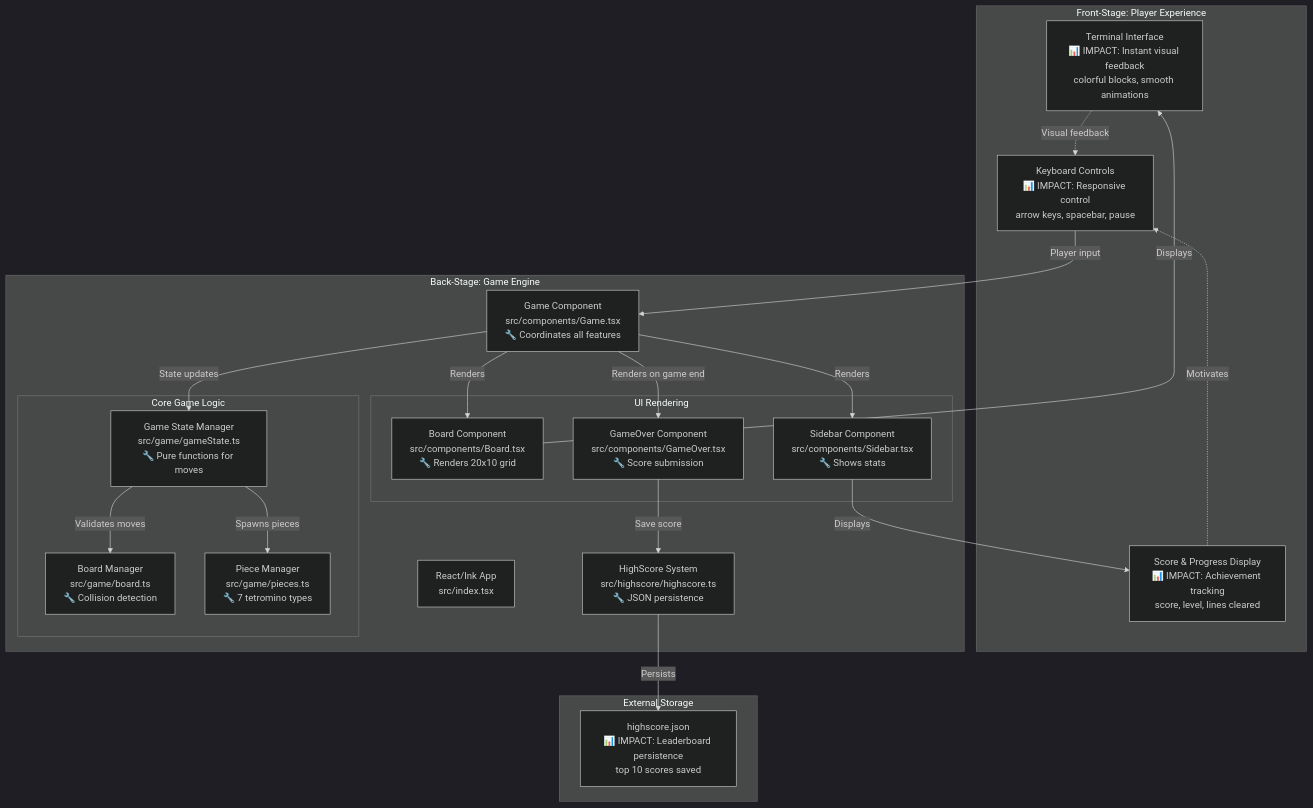
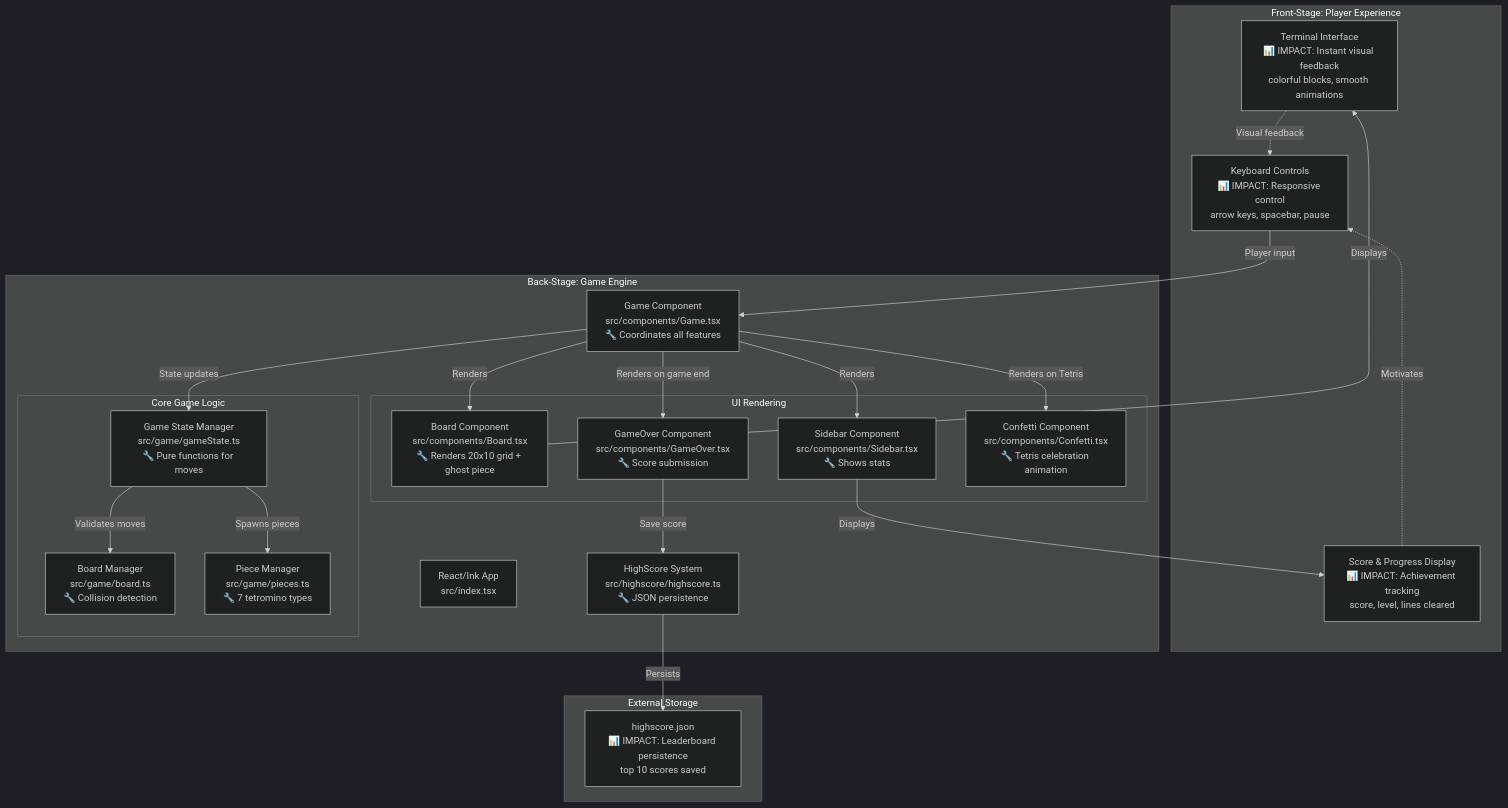
Before and after one commit to mellson/tuitres: the diagram in ai/diagrams/architecture/arch-system-overview.md, drawn with Mermaid (dark theme). The commit also changed other lines of this file and 5 other files, not shown here.

First line of the commit message:
Add gameplay screenshot, sync diagrams

````diff
--- a/ai/diagrams/architecture/arch-system-overview.md
+++ b/ai/diagrams/architecture/arch-system-overview.md
@@ -19,45 +20,47 @@
 ```mermaid
 graph TD
     subgraph "Front-Stage: Player Experience"
         UI[Terminal Interface<br/>📊 IMPACT: Instant visual feedback<br/>colorful blocks, smooth animations]
         Controls[Keyboard Controls<br/>📊 IMPACT: Responsive control<br/>arrow keys, spacebar, pause]
         Feedback[Score & Progress Display<br/>📊 IMPACT: Achievement tracking<br/>score, level, lines cleared]
     end
 
     subgraph "Back-Stage: Game Engine"
         App[React/Ink App<br/>src/index.tsx]
         GameComp[Game Component<br/>src/components/Game.tsx<br/>🔧 Coordinates all features]
 
         subgraph "Core Game Logic"
             GameState[Game State Manager<br/>src/game/gameState.ts<br/>🔧 Pure functions for moves]
             Board[Board Manager<br/>src/game/board.ts<br/>🔧 Collision detection]
             Pieces[Piece Manager<br/>src/game/pieces.ts<br/>🔧 7 tetromino types]
         end
 
         subgraph "UI Rendering"
-            BoardComp[Board Component<br/>src/components/Board.tsx<br/>🔧 Renders 20x10 grid]
+            BoardComp[Board Component<br/>src/components/Board.tsx<br/>🔧 Renders 20x10 grid + ghost piece]
             SidebarComp[Sidebar Component<br/>src/components/Sidebar.tsx<br/>🔧 Shows stats]
             GameOverComp[GameOver Component<br/>src/components/GameOver.tsx<br/>🔧 Score submission]
+            ConfettiComp[Confetti Component<br/>src/components/Confetti.tsx<br/>🔧 Tetris celebration animation]
         end
 
         HighScore[HighScore System<br/>src/highscore/highscore.ts<br/>🔧 JSON persistence]
     end
 
     subgraph "External Storage"
         HSFile[highscore.json<br/>📊 IMPACT: Leaderboard persistence<br/>top 10 scores saved]
     end
 
     Controls -->|Player input| GameComp
     GameComp -->|State updates| GameState
     GameState -->|Validates moves| Board
     GameState -->|Spawns pieces| Pieces
     GameComp -->|Renders| BoardComp
     GameComp -->|Renders| SidebarComp
     GameComp -->|Renders on game end| GameOverComp
+    GameComp -->|Renders on Tetris| ConfettiComp
     BoardComp -->|Displays| UI
     SidebarComp -->|Displays| Feedback
     GameOverComp -->|Save score| HighScore
     HighScore -->|Persists| HSFile
     UI -.->|Visual feedback| Controls
     Feedback -.->|Motivates| Controls
 ```
````
